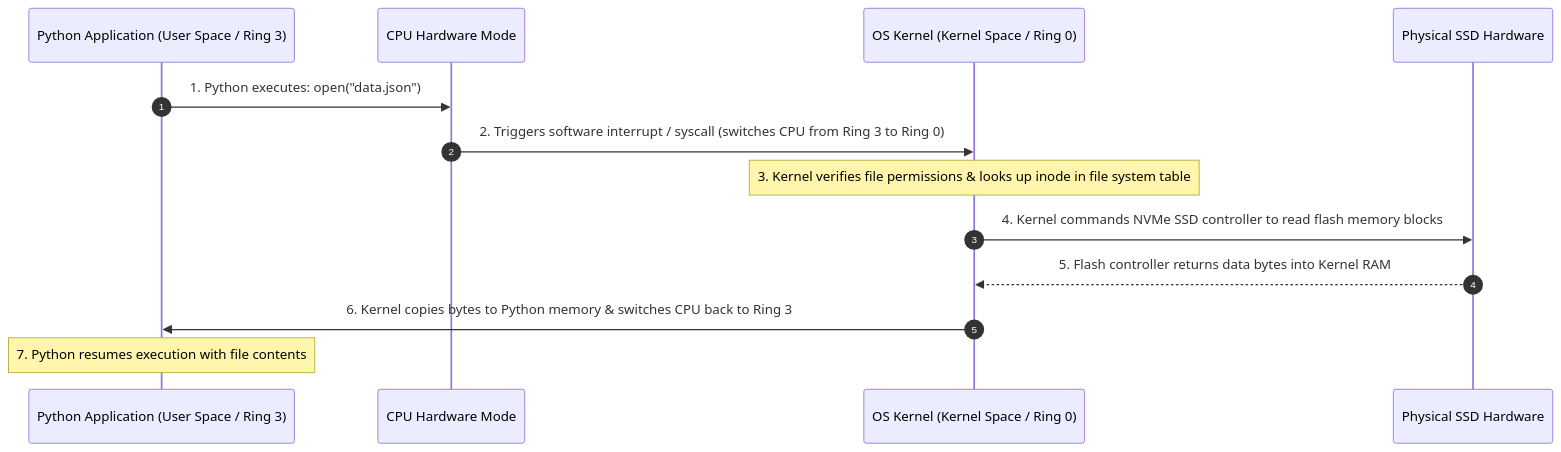
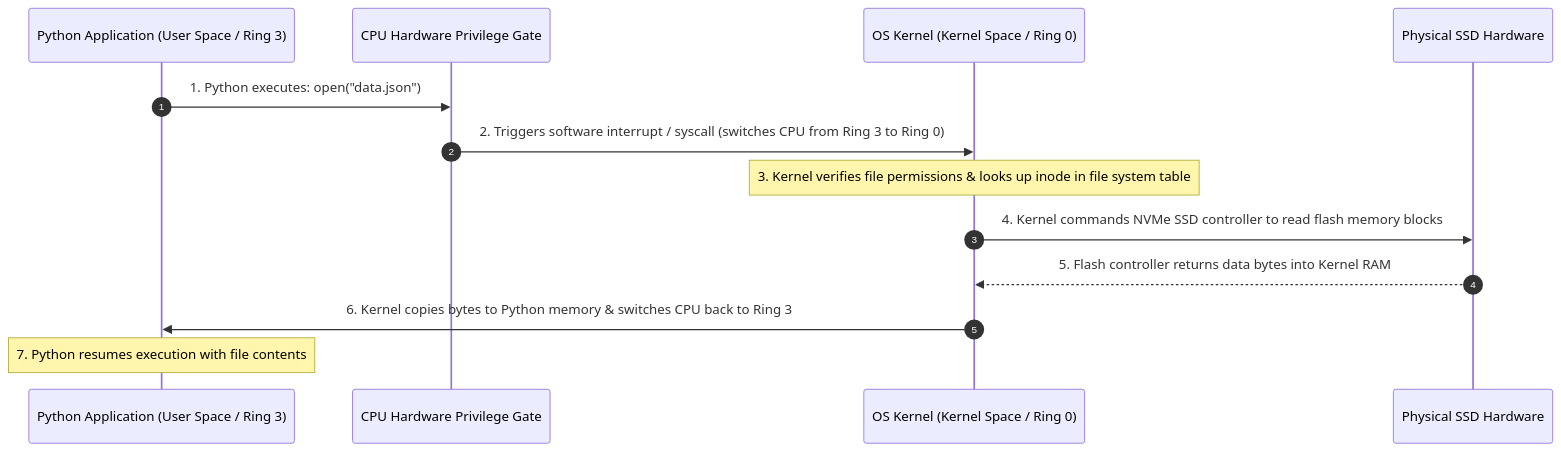
Before and after one commit to madhankumar-chiluveri/ai-ml-course: the second of 3 diagrams in explanations/what-is-the-os-kernel.md, drawn with Mermaid. The commit also changed other lines of this file and 49 other files, not shown here.

````diff
--- a/explanations/what-is-the-os-kernel.md
+++ b/explanations/what-is-the-os-kernel.md
@@ -102,16 +105,16 @@
 ```mermaid
 sequenceDiagram
     autonumber
     participant App as Python Application (User Space / Ring 3)
-    participant CPU_HW as CPU Hardware Mode
+    participant CPU_HW as CPU Hardware Privilege Gate
     participant K as OS Kernel (Kernel Space / Ring 0)
     participant SSD as Physical SSD Hardware
 
     App->>CPU_HW: 1. Python executes: open("data.json")
     CPU_HW->>K: 2. Triggers software interrupt / syscall (switches CPU from Ring 3 to Ring 0)
     Note over K: 3. Kernel verifies file permissions & looks up inode in file system table
     K->>SSD: 4. Kernel commands NVMe SSD controller to read flash memory blocks
     SSD-->>K: 5. Flash controller returns data bytes into Kernel RAM
     K->>App: 6. Kernel copies bytes to Python memory & switches CPU back to Ring 3
     Note over App: 7. Python resumes execution with file contents
 ```
````
